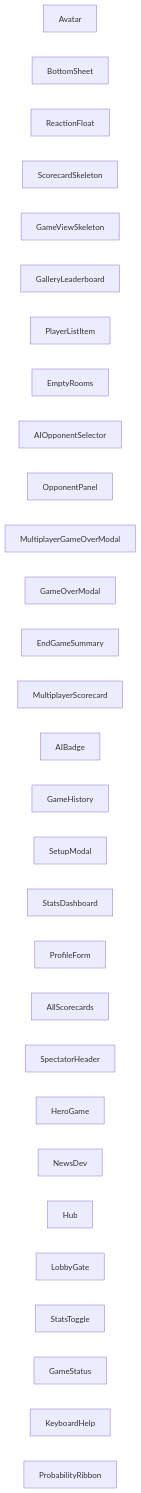
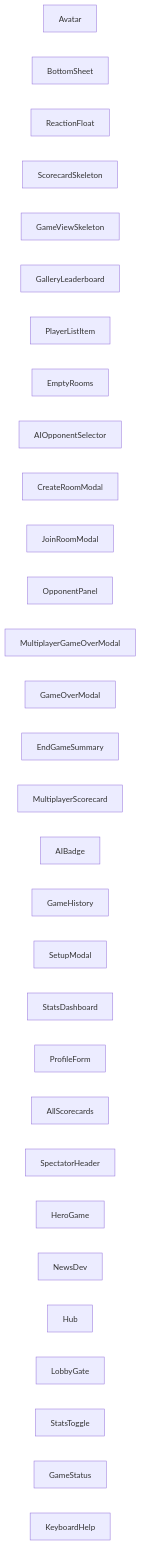
Before and after one commit to verlyn13/dicee: the diagram in docs/architecture/akg/diagrams/COMPONENT_DEPENDENCIES.md, drawn with Mermaid. The commit also changed other lines of this file and 8 other files, not shown here.

Commit message:
chore(akg): regenerate architecture diagrams

````diff
--- a/docs/architecture/akg/diagrams/COMPONENT_DEPENDENCIES.md
+++ b/docs/architecture/akg/diagrams/COMPONENT_DEPENDENCIES.md
@@ -13,33 +13,34 @@
 ```mermaid
 flowchart LR
     component__Avatar__nts_ui_Avatar_svelte["Avatar"]
     component__BottomSheet__i_BottomSheet_sv["BottomSheet"]
     component__ReactionFloat__ReactionFloat_["ReactionFloat"]
     component__ScorecardSkeleton__ecardSkele["ScorecardSkeleton"]
     component__GameViewSkeleton__eViewSkelet["GameViewSkeleton"]
     component__GalleryLeaderboard__ryLeaderb["GalleryLeaderboard"]
     component__PlayerListItem__layerListItem["PlayerListItem"]
     component__EmptyRooms__by_EmptyRooms_sve["EmptyRooms"]
     component__AIOpponentSelector__onentSele["AIOpponentSelector"]
+    component__CreateRoomModal__eateRoomModa["CreateRoomModal"]
+    component__JoinRoomModal__JoinRoomModal_["JoinRoomModal"]
     component__OpponentPanel__OpponentPanel_["OpponentPanel"]
     component__MultiplayerGameOverModal__Gam["MultiplayerGameOverModal"]
     component__GameOverModal__GameOverModal_["GameOverModal"]
     component__EndGameSummary__ndGameSummary["EndGameSummary"]
     component__MultiplayerScorecard__ayerSco["MultiplayerScorecard"]
     component__AIBadge___game_AIBadge_svelte["AIBadge"]
     component__GameHistory__e_GameHistory_sv["GameHistory"]
     component__SetupModal__le_SetupModal_sve["SetupModal"]
     component__StatsDashboard__tatsDashboard["StatsDashboard"]
     component__ProfileForm__e_ProfileForm_sv["ProfileForm"]
     component__AllScorecards__AllScorecards_["AllScorecards"]
     component__SpectatorHeader__ectatorHeade["SpectatorHeader"]
     component__HeroGame___hub_HeroGame_svelt["HeroGame"]
     component__NewsDev__s_hub_NewsDev_svelte["NewsDev"]
     component__Hub__nents_hub_Hub_svelte["Hub"]
     component__LobbyGate__hub_LobbyGate_svel["LobbyGate"]
     component__StatsToggle__d_StatsToggle_sv["StatsToggle"]
     component__GameStatus__ud_GameStatus_sve["GameStatus"]
     component__KeyboardHelp___KeyboardHelp_s["KeyboardHelp"]
-    component__ProbabilityRibbon__abilityRib["ProbabilityRibbon"]
 
 ```
````
